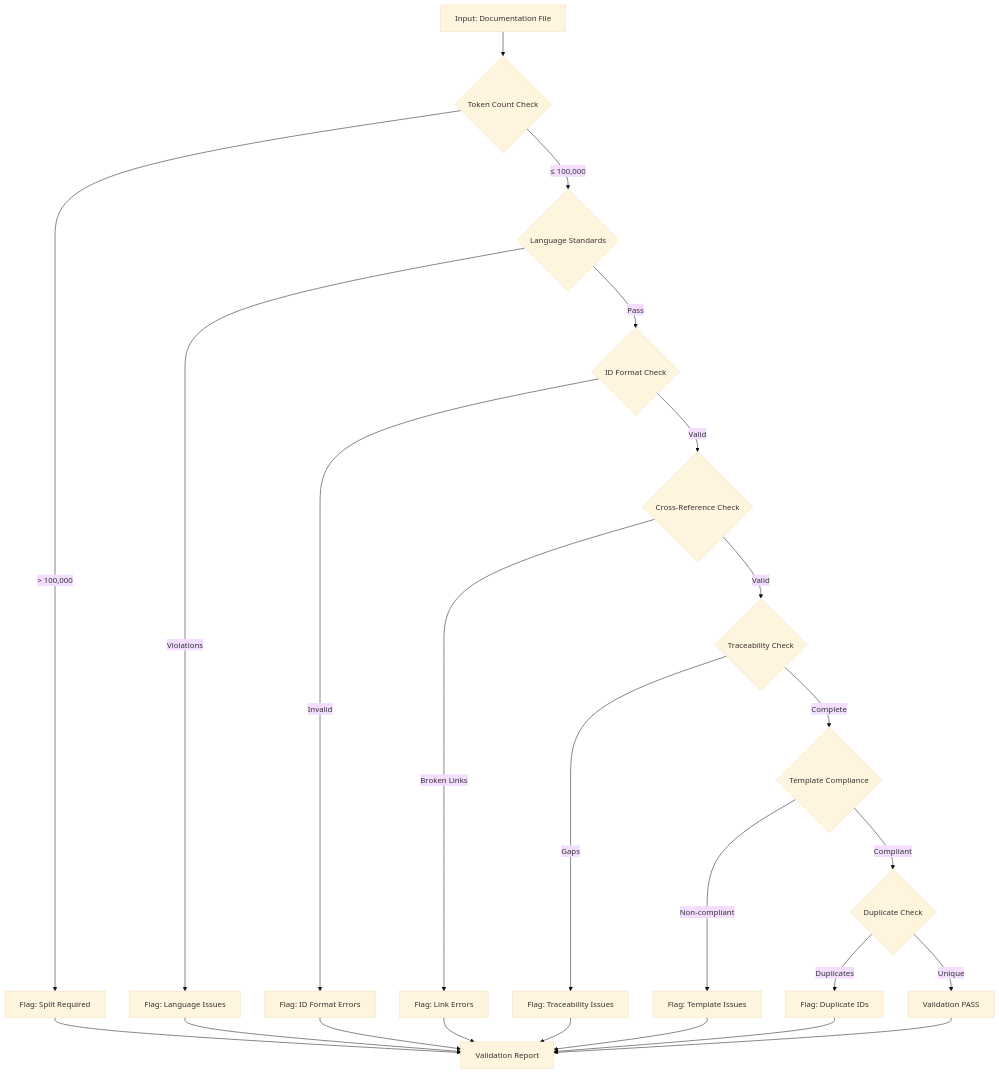
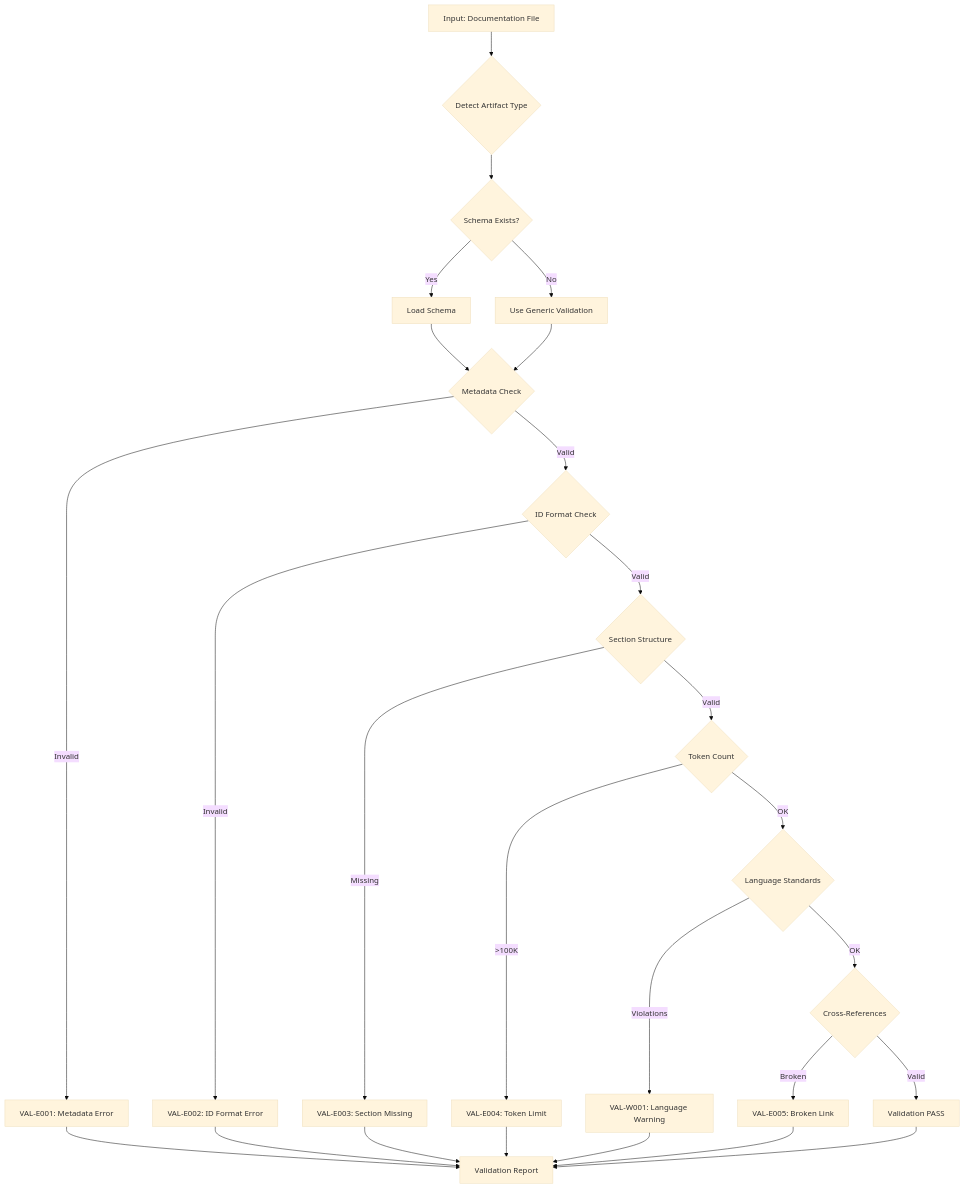
The diagram in .claude/skills/doc-validator/SKILL.md (vladm3105/aidoc-flow-framework), drawn with Mermaid (base theme) before and after one commit. The commit also changed other lines of this file and 15 other files, not shown here.

````diff
--- a/.claude/skills/doc-validator/SKILL.md
+++ b/.claude/skills/doc-validator/SKILL.md
@@ -98,27 +138,29 @@
 ```mermaid
 graph TD
-    A[Input: Documentation File] --> B{Token Count Check}
-    B -->|> 100,000| C[Flag: Split Required]
-    B -->|≤ 100,000| D{Language Standards}
-    D -->|Violations| E[Flag: Language Issues]
-    D -->|Pass| F{ID Format Check}
-    F -->|Invalid| G[Flag: ID Format Errors]
-    F -->|Valid| H{Cross-Reference Check}
-    H -->|Broken Links| I[Flag: Link Errors]
-    H -->|Valid| J{Traceability Check}
-    J -->|Gaps| K[Flag: Traceability Issues]
-    J -->|Complete| L{Template Compliance}
-    L -->|Non-compliant| M[Flag: Template Issues]
-    L -->|Compliant| N{Duplicate Check}
-    N -->|Duplicates| O[Flag: Duplicate IDs]
-    N -->|Unique| P[Validation PASS]
+    A[Input: Documentation File] --> B{Detect Artifact Type}
+    B --> C{Schema Exists?}
+    C -->|Yes| D[Load Schema]
+    C -->|No| E[Use Generic Validation]
+    D --> F{Metadata Check}
+    E --> F
+    F -->|Invalid| G[VAL-E001: Metadata Error]
+    F -->|Valid| H{ID Format Check}
+    H -->|Invalid| I[VAL-E002: ID Format Error]
+    H -->|Valid| J{Section Structure}
+    J -->|Missing| K[VAL-E003: Section Missing]
+    J -->|Valid| L{Token Count}
+    L -->|>100K| M[VAL-E004: Token Limit]
+    L -->|OK| N{Language Standards}
+    N -->|Violations| O[VAL-W001: Language Warning]
+    N -->|OK| P{Cross-References}
+    P -->|Broken| Q[VAL-E005: Broken Link]
+    P -->|Valid| R[Validation PASS]
 
-    C --> Q[Validation Report]
-    E --> Q
-    G --> Q
-    I --> Q
-    K --> Q
-    M --> Q
-    O --> Q
-    P --> Q
+    G --> S[Validation Report]
+    I --> S
+    K --> S
+    M --> S
+    O --> S
+    Q --> S
+    R --> S
 ```
````
